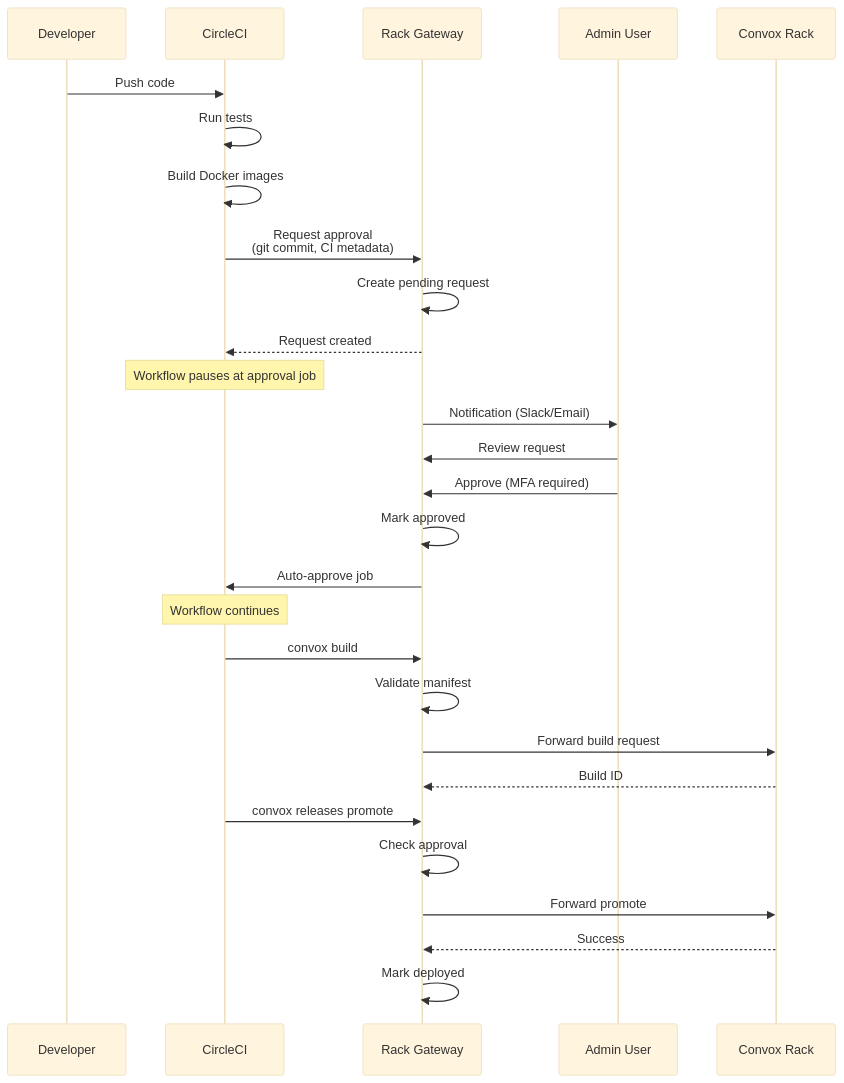
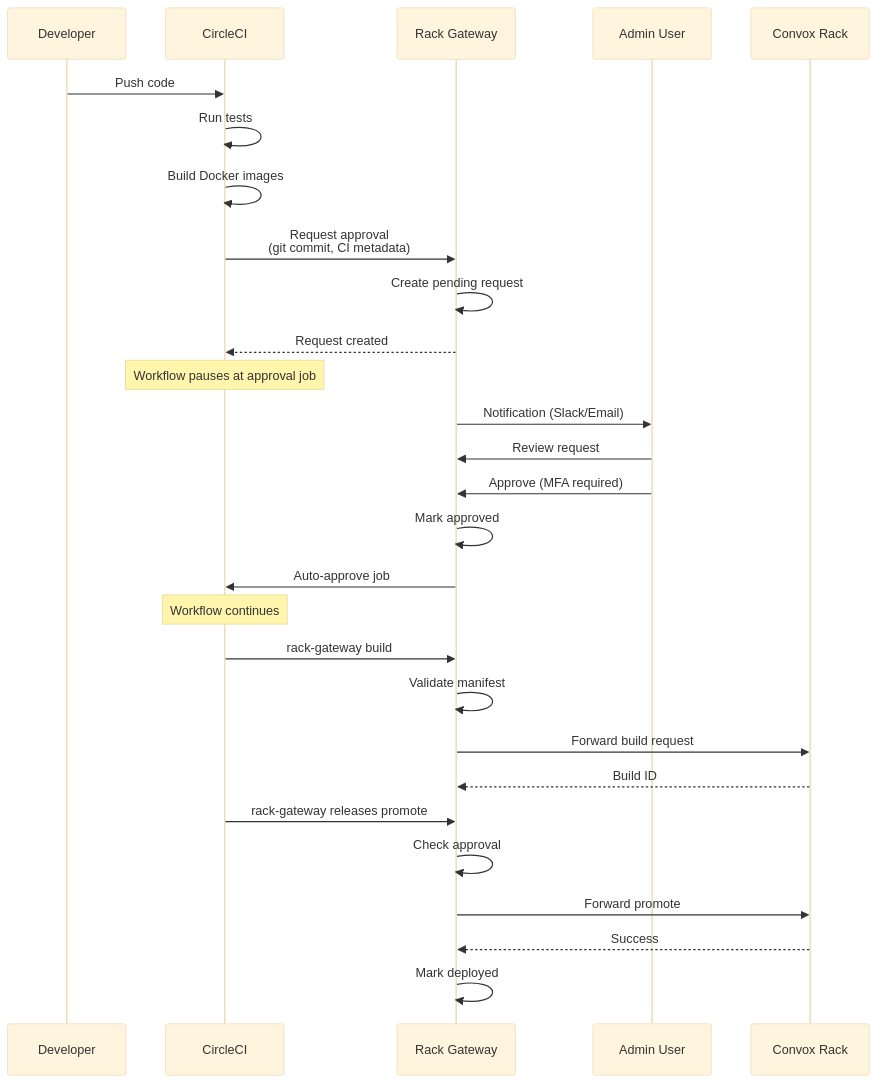
One commit to DocSpring/rack-gateway changed the first of 6 diagrams in docs/src/content/docs/integrations/deploy-approvals/workflow.mdx. Above: the diagram before and after it, drawn with Mermaid (base theme). The commit also changed other lines of this file and 52 other files, not shown here.

````diff
--- a/docs/src/content/docs/integrations/deploy-approvals/workflow.mdx
+++ b/docs/src/content/docs/integrations/deploy-approvals/workflow.mdx
@@ -12,38 +12,38 @@
 ```mermaid
 sequenceDiagram
     participant Dev as Developer
     participant CI as CircleCI
     participant Gateway as Rack Gateway
     participant Admin as Admin User
     participant Convox as Convox Rack
 
     Dev->>CI: Push code
     CI->>CI: Run tests
     CI->>CI: Build Docker images
 
     CI->>Gateway: Request approval<br/>(git commit, CI metadata)
     Gateway->>Gateway: Create pending request
     Gateway-->>CI: Request created
 
     Note over CI: Workflow pauses at approval job
 
     Gateway->>Admin: Notification (Slack/Email)
     Admin->>Gateway: Review request
     Admin->>Gateway: Approve (MFA required)
     Gateway->>Gateway: Mark approved
     Gateway->>CI: Auto-approve job
 
     Note over CI: Workflow continues
 
-    CI->>Gateway: convox build
+    CI->>Gateway: rack-gateway build
     Gateway->>Gateway: Validate manifest
     Gateway->>Convox: Forward build request
     Convox-->>Gateway: Build ID
 
-    CI->>Gateway: convox releases promote
+    CI->>Gateway: rack-gateway releases promote
     Gateway->>Gateway: Check approval
     Gateway->>Convox: Forward promote
     Convox-->>Gateway: Success
 
     Gateway->>Gateway: Mark deployed
 ```
````
